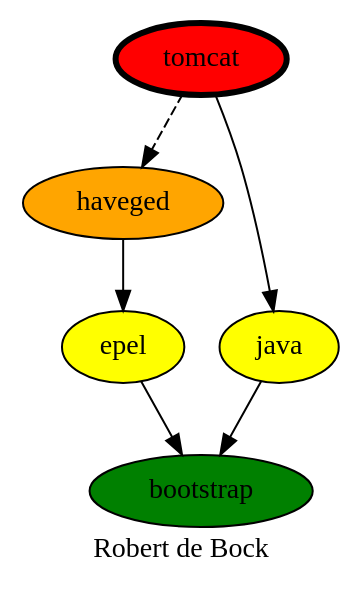
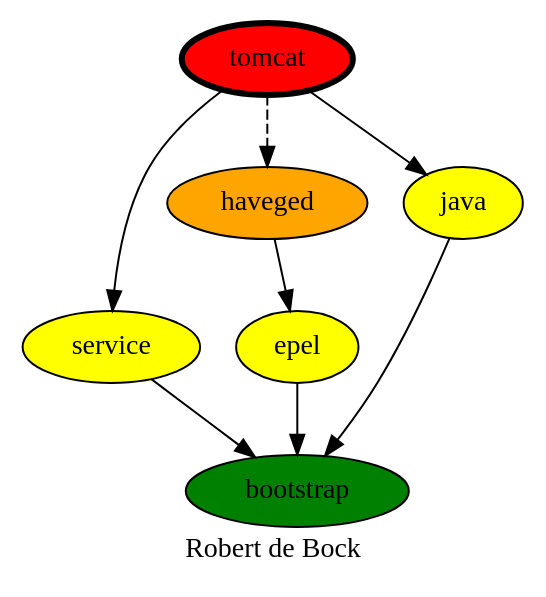
The diagram in tomcat.dot (robertdebock/drawings), drawn with Graphviz before and after one commit. The commit also changed 7 other files, not shown here.

```diff
--- a/tomcat.dot
+++ b/tomcat.dot
@@ -1,15 +1,16 @@
 digraph PhiloDilemma {
   label = "Robert de Bock" ;
   overlap=false
   {
     bootstrap [fillcolor=green style=filled]
     epel [fillcolor=yellow style=filled]
+    service [fillcolor=yellow style=filled]
     haveged [fillcolor=orange style=filled]
     java [fillcolor=yellow style=filled]
     tomcat [fillcolor=red style=filled penwidth=3]
   }
-  tomcat -> java
+  tomcat -> {java service}
   tomcat -> haveged [style=dashed]
   haveged -> epel
-  {epel java} -> bootstrap
+  {epel java service} -> bootstrap
 }
```
